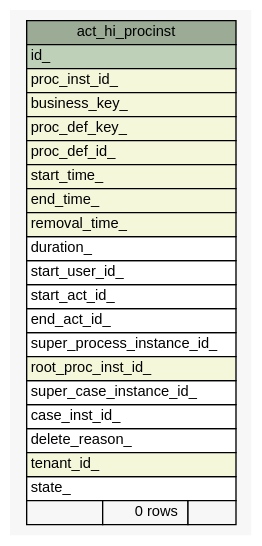
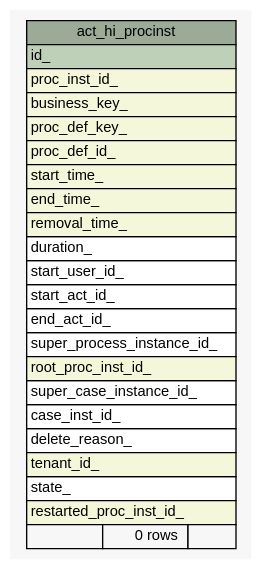
The diagram in 2.0.0-SNAPSHOT/schemaspy/diagrams/summary/act_hi_procinst.1degree.dot (openwms/org.openwms.tms.routing.lib), drawn with Graphviz before and after one commit. The commit also changed 614 other files, not shown here.

```diff
--- a/2.0.0-SNAPSHOT/schemaspy/diagrams/summary/act_hi_procinst.1degree.dot
+++ b/2.0.0-SNAPSHOT/schemaspy/diagrams/summary/act_hi_procinst.1degree.dot
@@ -1,48 +1,49 @@
 // dot 2.43.0 on Linux 6.5.0-1025-azure
 // SchemaSpy rev Unknown
 digraph "act_hi_procinst" {
   graph [
     rankdir="RL"
     bgcolor="#f7f7f7"
     nodesep="0.18"
     ranksep="0.46"
     fontname="Helvetica"
     fontsize="11"
   ];
   node [
     fontname="Helvetica"
     fontsize="11"
     shape="plaintext"
   ];
   edge [
     arrowsize="0.8"
   ];
   "act_hi_procinst" [
     label=<
     <TABLE BORDER="0" CELLBORDER="1" CELLSPACING="0" BGCOLOR="#ffffff">
       <TR><TD COLSPAN="3" BGCOLOR="#9bab96" ALIGN="CENTER">act_hi_procinst</TD></TR>
       <TR><TD PORT="id_" COLSPAN="3" BGCOLOR="#bed1b8" ALIGN="LEFT">id_</TD></TR>
       <TR><TD PORT="proc_inst_id_" COLSPAN="3" BGCOLOR="#f4f7da" ALIGN="LEFT">proc_inst_id_</TD></TR>
       <TR><TD PORT="business_key_" COLSPAN="3" BGCOLOR="#f4f7da" ALIGN="LEFT">business_key_</TD></TR>
       <TR><TD PORT="proc_def_key_" COLSPAN="3" BGCOLOR="#f4f7da" ALIGN="LEFT">proc_def_key_</TD></TR>
       <TR><TD PORT="proc_def_id_" COLSPAN="3" BGCOLOR="#f4f7da" ALIGN="LEFT">proc_def_id_</TD></TR>
       <TR><TD PORT="start_time_" COLSPAN="3" BGCOLOR="#f4f7da" ALIGN="LEFT">start_time_</TD></TR>
       <TR><TD PORT="end_time_" COLSPAN="3" BGCOLOR="#f4f7da" ALIGN="LEFT">end_time_</TD></TR>
       <TR><TD PORT="removal_time_" COLSPAN="3" BGCOLOR="#f4f7da" ALIGN="LEFT">removal_time_</TD></TR>
       <TR><TD PORT="duration_" COLSPAN="3" ALIGN="LEFT">duration_</TD></TR>
       <TR><TD PORT="start_user_id_" COLSPAN="3" ALIGN="LEFT">start_user_id_</TD></TR>
       <TR><TD PORT="start_act_id_" COLSPAN="3" ALIGN="LEFT">start_act_id_</TD></TR>
       <TR><TD PORT="end_act_id_" COLSPAN="3" ALIGN="LEFT">end_act_id_</TD></TR>
       <TR><TD PORT="super_process_instance_id_" COLSPAN="3" ALIGN="LEFT">super_process_instance_id_</TD></TR>
       <TR><TD PORT="root_proc_inst_id_" COLSPAN="3" BGCOLOR="#f4f7da" ALIGN="LEFT">root_proc_inst_id_</TD></TR>
       <TR><TD PORT="super_case_instance_id_" COLSPAN="3" ALIGN="LEFT">super_case_instance_id_</TD></TR>
       <TR><TD PORT="case_inst_id_" COLSPAN="3" ALIGN="LEFT">case_inst_id_</TD></TR>
       <TR><TD PORT="delete_reason_" COLSPAN="3" ALIGN="LEFT">delete_reason_</TD></TR>
       <TR><TD PORT="tenant_id_" COLSPAN="3" BGCOLOR="#f4f7da" ALIGN="LEFT">tenant_id_</TD></TR>
       <TR><TD PORT="state_" COLSPAN="3" ALIGN="LEFT">state_</TD></TR>
+      <TR><TD PORT="restarted_proc_inst_id_" COLSPAN="3" BGCOLOR="#f4f7da" ALIGN="LEFT">restarted_proc_inst_id_</TD></TR>
       <TR><TD ALIGN="LEFT" BGCOLOR="#f7f7f7">  </TD><TD ALIGN="RIGHT" BGCOLOR="#f7f7f7">0 rows</TD><TD ALIGN="RIGHT" BGCOLOR="#f7f7f7">  </TD></TR>
     </TABLE>>
     URL="tables/act_hi_procinst.html"
     tooltip="act_hi_procinst"
   ];
 }
```
